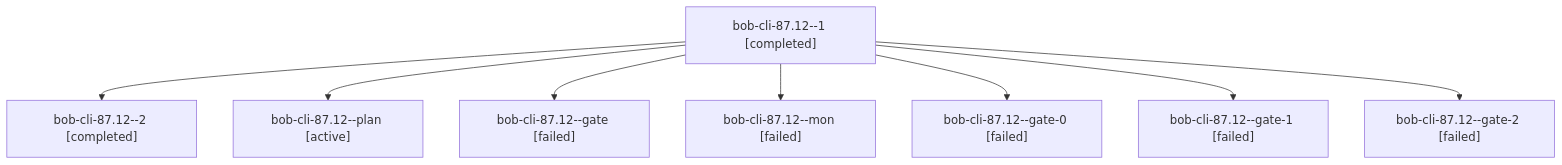
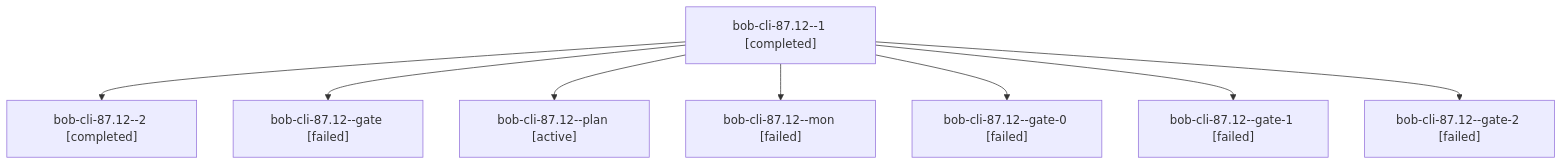
Before and after one commit to bobs-org/bob-cli--agents: the diagram in sessions/bbugyi200.athena.bob-cli-87.12.md, drawn with Mermaid. The commit also changed other lines of this file and 481 other files, not shown here.

````diff
--- a/sessions/bbugyi200.athena.bob-cli-87.12.md
+++ b/sessions/bbugyi200.athena.bob-cli-87.12.md
@@ -9,18 +9,18 @@
 ```mermaid
 flowchart TD
   n0["bob-cli-87.12--1 [completed]"]
   n1["bob-cli-87.12--2 [completed]"]
   n0 --> n1
-  n2["bob-cli-87.12--plan [active]"]
+  n2["bob-cli-87.12--gate [failed]"]
   n0 --> n2
-  n3["bob-cli-87.12--gate [failed]"]
+  n3["bob-cli-87.12--plan [active]"]
   n0 --> n3
   n4["bob-cli-87.12--mon [failed]"]
   n0 --> n4
   n5["bob-cli-87.12--gate-0 [failed]"]
   n0 --> n5
   n6["bob-cli-87.12--gate-1 [failed]"]
   n0 --> n6
   n7["bob-cli-87.12--gate-2 [failed]"]
   n0 --> n7
 ```
````
